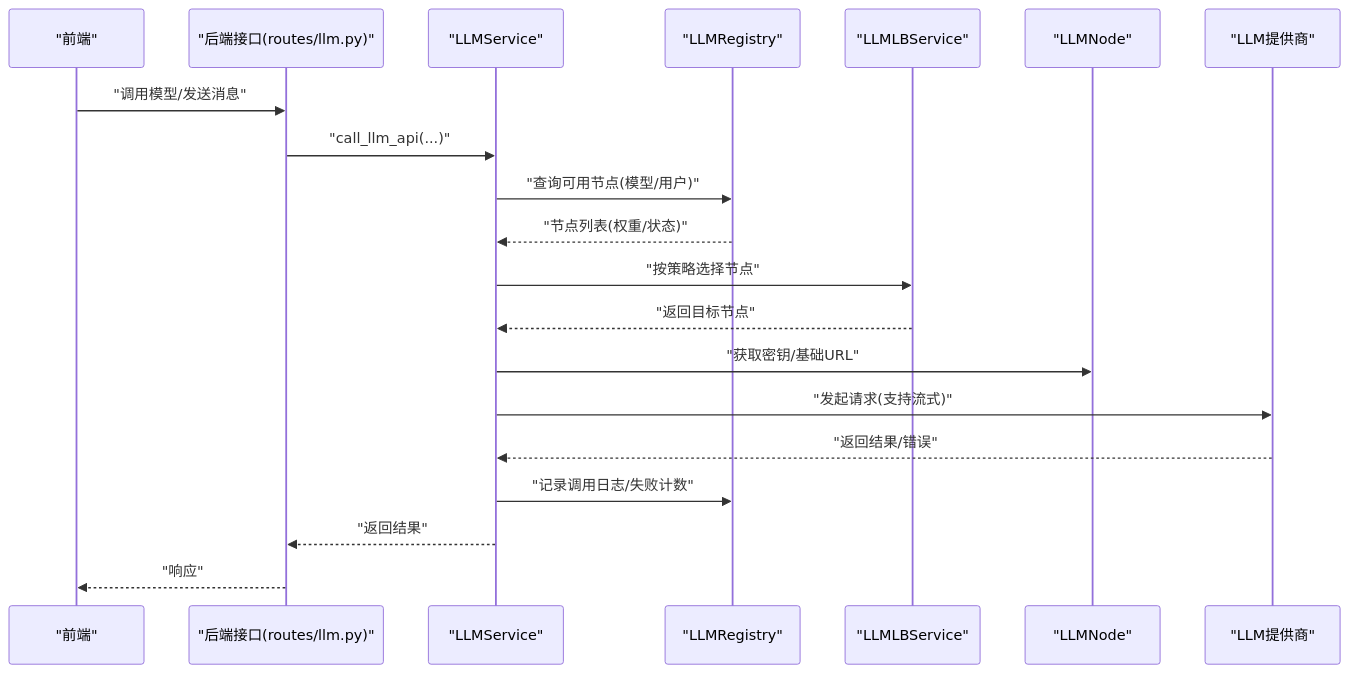
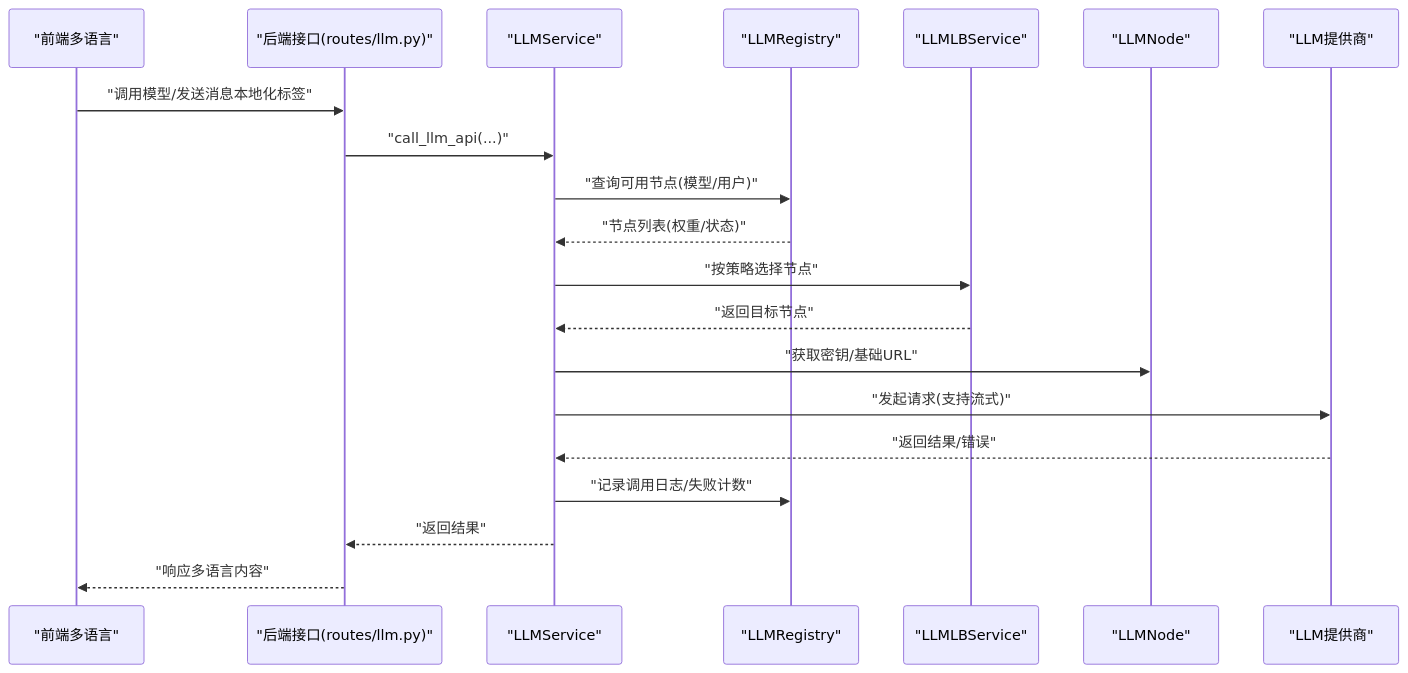
The second of 8 diagrams in .qoder/repowiki/zh/content/核心功能模块/AI研究分析系统/LLM集成系统/LLM集成系统.md (joezxh/QuantDinger), drawn with Mermaid before and after one commit. The commit also changed other lines of this file and 116 other files, not shown here.

````diff
--- a/.qoder/repowiki/zh/content/核心功能模块/AI研究分析系统/LLM集成系统/LLM集成系统.md
+++ b/.qoder/repowiki/zh/content/核心功能模块/AI研究分析系统/LLM集成系统/LLM集成系统.md
@@ -114,22 +128,22 @@
 ```mermaid
 sequenceDiagram
-participant FE as "前端"
+participant FE as "前端多语言"
 participant API as "后端接口(routes/llm.py)"
 participant SVC as "LLMService"
 participant REG as "LLMRegistry"
 participant LB as "LLMLBService"
 participant NODE as "LLMNode"
 participant LLM as "LLM提供商"
-FE->>API : "调用模型/发送消息"
+FE->>API : "调用模型/发送消息本地化标签"
 API->>SVC : "call_llm_api(...)"
 SVC->>REG : "查询可用节点(模型/用户)"
 REG-->>SVC : "节点列表(权重/状态)"
 SVC->>LB : "按策略选择节点"
 LB-->>SVC : "返回目标节点"
 SVC->>NODE : "获取密钥/基础URL"
 SVC->>LLM : "发起请求(支持流式)"
 LLM-->>SVC : "返回结果/错误"
 SVC->>REG : "记录调用日志/失败计数"
 SVC-->>API : "返回结果"
-API-->>FE : "响应"
+API-->>FE : "响应多语言内容"
 ```
````
